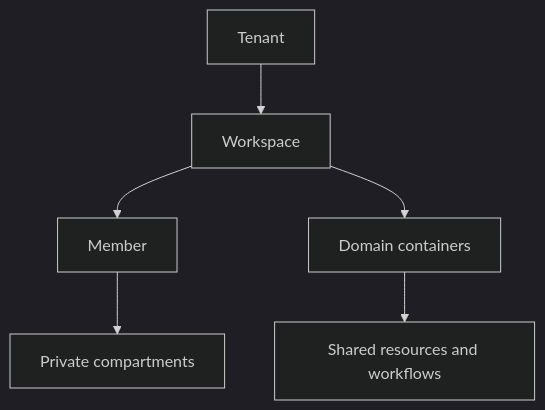
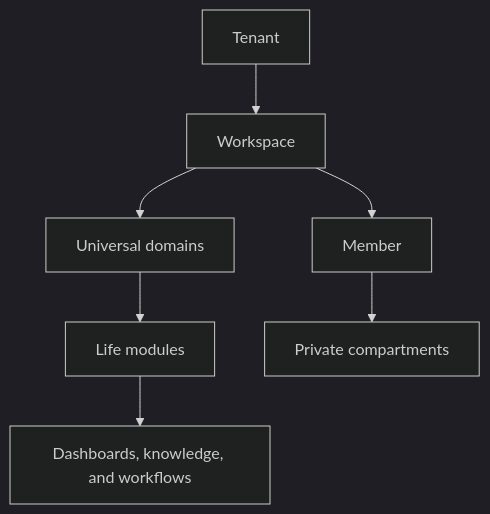
The second of 2 diagrams in docs/architecture/01-target-architecture.md (GiovaniOliver/j5-PA-Public-App), drawn with Mermaid (dark theme) before and after one commit. The commit also changed other lines of this file, not shown here.

Commit message:
docs: integrate life model and UI composition

````diff
--- a/docs/architecture/01-target-architecture.md
+++ b/docs/architecture/01-target-architecture.md
@@ -71,8 +74,9 @@
 ```mermaid
 flowchart TD
     T["Tenant"] --> W["Workspace"]
     W --> U["Member"]
-    W --> D["Domain containers"]
+    W --> D["Universal domains"]
+    D --> M["Life modules"]
     U --> C["Private compartments"]
-    D --> R["Shared resources and workflows"]
+    M --> R["Dashboards, knowledge, and workflows"]
 ```
````
